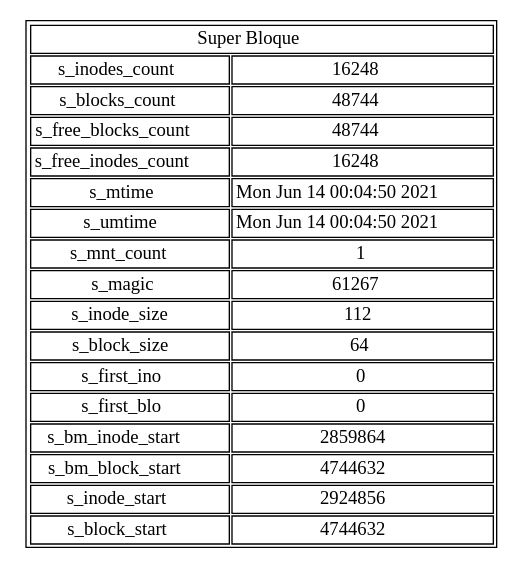
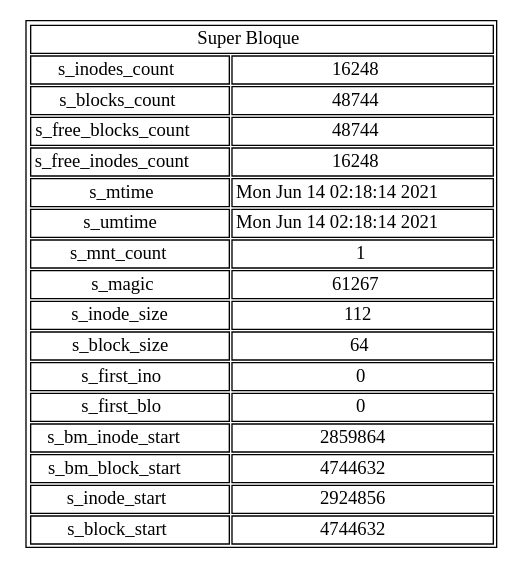
One commit to Audrie8a/MIA_P1_201801263 changed the diagram in sb.dot. Above: the diagram before and after it, drawn with Graphviz. The commit also changed 4 other files, not shown here.

```diff
--- a/sb.dot
+++ b/sb.dot
@@ -1,75 +1,75 @@
 digraph g{
 	     nodo [ shape=plaintext label=<
 	 	        <table border='1' cellborder='1'>
 	 	 	            <tr>
 	 	 	 	               <td colspan="2" >Super Bloque</td>
 	 	 	            </tr>
 	 	 	            <tr>
 	 	 	 	               <td>s_inodes_count</td>
 	 	 	 	               <td>16248</td>
 	 	 	            </tr>
 	 	 	            <tr>
 	 	 	 	               <td>s_blocks_count</td>
 	 	 	 	               <td>48744</td>
 	 	 	            </tr>
 	 	 	            <tr>
 	 	 	 	               <td>s_free_blocks_count</td>
 	 	 	 	               <td>48744</td>
 	 	 	            </tr>
 	 	 	            <tr>
 	 	 	 	                <td>s_free_inodes_count</td>
 	 	 	 	                <td>16248</td>
 	 	 	            </tr>
 	 	 	            <tr>
 	 	 	 	                <td>s_mtime</td>
-	 	 	 	                <td>Mon Jun 14 00:04:50 2021
+	 	 	 	                <td>Mon Jun 14 02:18:14 2021
 </td>
 	 	 	            </tr>
 	 	 	            <tr>
 	 	 	 	                <td>s_umtime</td>
-	 	 	 	                <td>Mon Jun 14 00:04:50 2021
+	 	 	 	                <td>Mon Jun 14 02:18:14 2021
 </td>
 	 	 	            </tr>
 	 	 	            <tr>
 	 	 	 	                <td>s_mnt_count</td>
 	 	 	 	                <td>1</td>
 	 	 	            </tr>
 	 	 	            <tr>
 	 	 	 	                <td>s_magic</td>
 	 	 	 	                <td>61267</td>
 	 	 	            </tr>
 	 	 	            <tr>
 	 	 	 	                <td>s_inode_size</td>
 	 	 	 	                <td>112</td>
 	 	 	            </tr>
 	 	 	            <tr>
 	 	 	 	                <td>s_block_size</td>
 	 	 	 	                <td>64</td>
 	 	 	            </tr>
 	 	 	            <tr>
 	 	 	 	                <td>s_first_ino</td>
 	 	 	 	                <td>0</td>
 	 	 	            </tr>
 	 	 	            <tr>
 	 	 	 	                <td>s_first_blo</td>
 	 	 	 	                <td>0</td>
 	 	 	            </tr>
 	 	 	            <tr>
 	 	 	 	                <td>s_bm_inode_start</td>
 	 	 	 	                <td>2859864</td>
 	 	 	            </tr>
 	 	 	            <tr>
 	 	 	 	                <td>s_bm_block_start</td>
 	 	 	 	                <td>4744632</td>
 	 	 	            </tr>
 	 	 	            <tr>
 	 	 	 	                <td>s_inode_start</td>
 	 	 	 	                <td>2924856</td>
 	 	 	            </tr>
 	 	 	            <tr>
 	 	 	 	                <td>s_block_start</td>
 	 	 	 	                <td>4744632</td>
 	 	 	            </tr>
 	 	        </table>
 	     >];
 }
```
